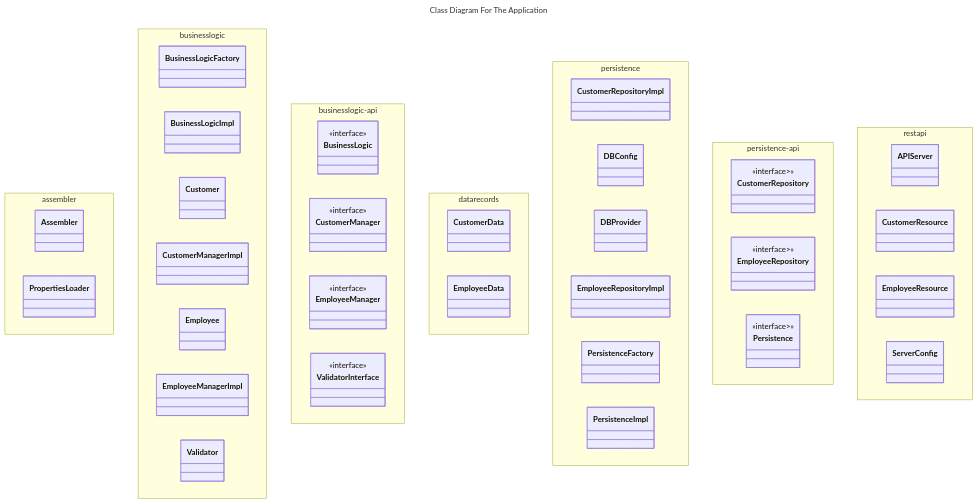
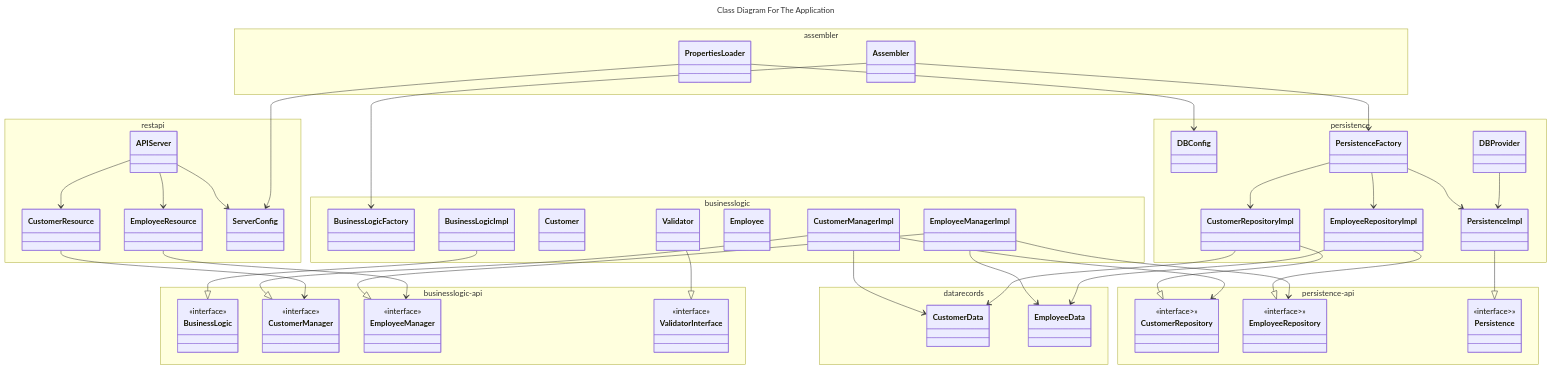
One commit to Leonardo-Notargiacomo/SkyVoyage changed the diagram in design/classDiagrams/mermaid/applicationClassDiagram.md. Above: the diagram before and after it, drawn with Mermaid.

````diff
--- a/design/classDiagrams/mermaid/applicationClassDiagram.md
+++ b/design/classDiagrams/mermaid/applicationClassDiagram.md
@@ -97,4 +97,39 @@
     }
 }
 
+%% Implementations of Interfaces
+    BusinessLogicImpl --|> BusinessLogic
+    CustomerManagerImpl --|> CustomerManager
+    EmployeeManagerImpl --|> EmployeeManager
+    Validator --|> ValidatorInterface
+    CustomerRepositoryImpl --|> CustomerRepository
+    EmployeeRepositoryImpl --|> EmployeeRepository
+    PersistenceImpl --|> Persistence
+
+%% Dependencies and Data Relationships
+    CustomerManagerImpl --> CustomerRepository
+    EmployeeManagerImpl --> EmployeeRepository
+    CustomerManagerImpl --> CustomerData
+    EmployeeManagerImpl --> EmployeeData
+    CustomerRepositoryImpl --> CustomerData
+    EmployeeRepositoryImpl --> EmployeeData
+
+%% Persistence Layer Relationships
+    PersistenceFactory --> PersistenceImpl
+    PersistenceFactory --> CustomerRepositoryImpl
+    PersistenceFactory --> EmployeeRepositoryImpl
+    DBProvider --> PersistenceImpl
+
+%% REST API Dependencies
+    APIServer --> ServerConfig
+    APIServer --> CustomerResource
+    APIServer --> EmployeeResource
+    CustomerResource --> CustomerManager
+    EmployeeResource --> EmployeeManager
+
+%% Assembler and Configuration Dependencies
+    Assembler --> BusinessLogicFactory
+    Assembler --> PersistenceFactory
+    PropertiesLoader --> DBConfig
+    PropertiesLoader --> ServerConfig
 ```
````
